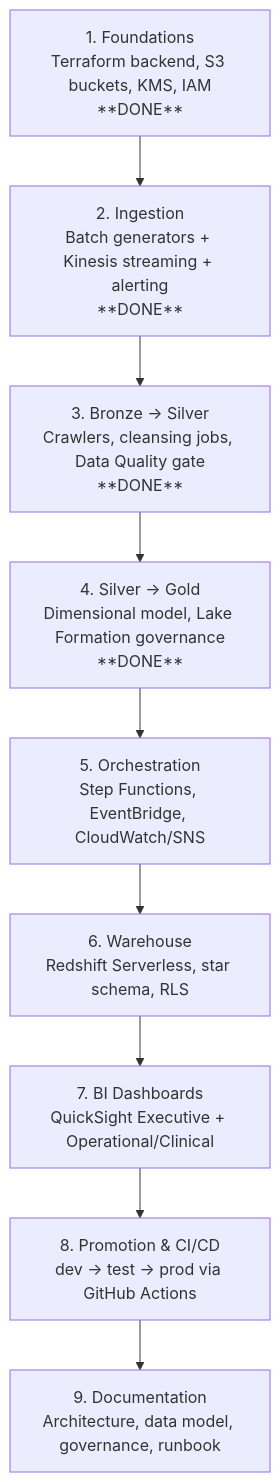
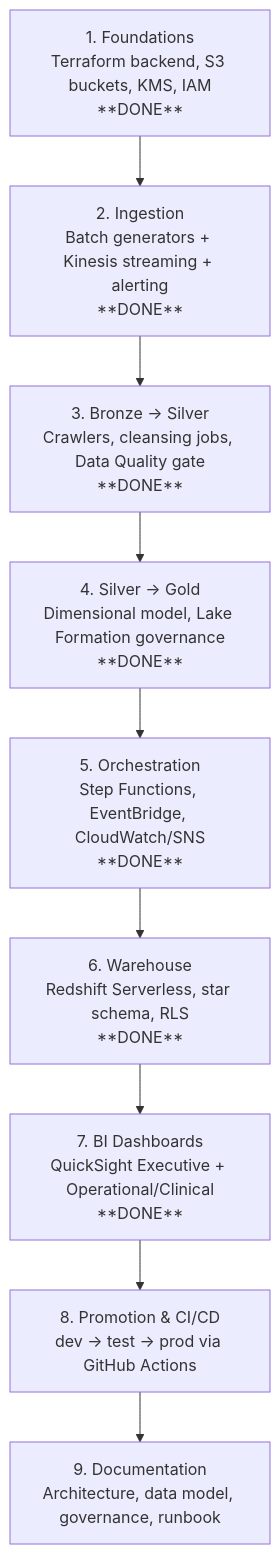
One commit to Michael-amali/meridian-health-project changed the second of 2 diagrams in docs/architecture.md. Above: the diagram before and after it, drawn with Mermaid. The commit also changed 15 other files, not shown here.

````diff
--- a/docs/architecture.md
+++ b/docs/architecture.md
@@ -111,14 +111,14 @@
 ```mermaid
 flowchart TD
     P1["1. Foundations\nTerraform backend, S3 buckets, KMS, IAM\n**DONE**"]
     P2["2. Ingestion\nBatch generators + Kinesis streaming + alerting\n**DONE**"]
     P3["3. Bronze -> Silver\nCrawlers, cleansing jobs, Data Quality gate\n**DONE**"]
     P4["4. Silver -> Gold\nDimensional model, Lake Formation governance\n**DONE**"]
-    P5["5. Orchestration\nStep Functions, EventBridge, CloudWatch/SNS"]
-    P6["6. Warehouse\nRedshift Serverless, star schema, RLS"]
-    P7["7. BI Dashboards\nQuickSight Executive + Operational/Clinical"]
+    P5["5. Orchestration\nStep Functions, EventBridge, CloudWatch/SNS\n**DONE**"]
+    P6["6. Warehouse\nRedshift Serverless, star schema, RLS\n**DONE**"]
+    P7["7. BI Dashboards\nQuickSight Executive + Operational/Clinical\n**DONE**"]
     P8["8. Promotion & CI/CD\ndev -> test -> prod via GitHub Actions"]
     P9["9. Documentation\nArchitecture, data model, governance, runbook"]
 
     P1 --> P2 --> P3 --> P4 --> P5 --> P6 --> P7 --> P8 --> P9
 ```
````
